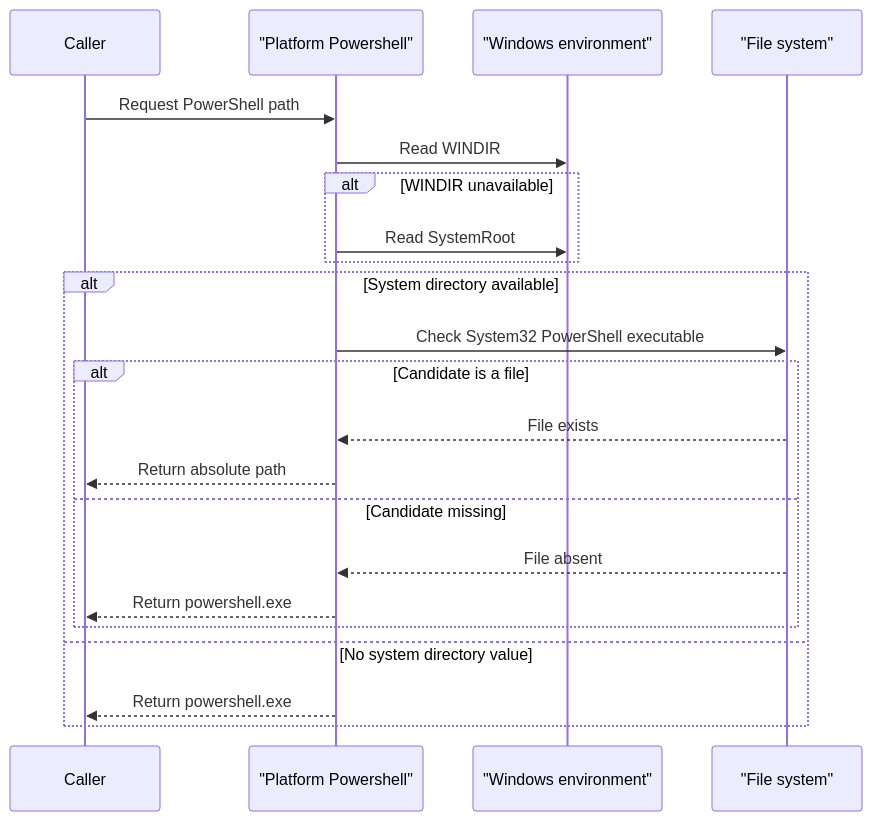
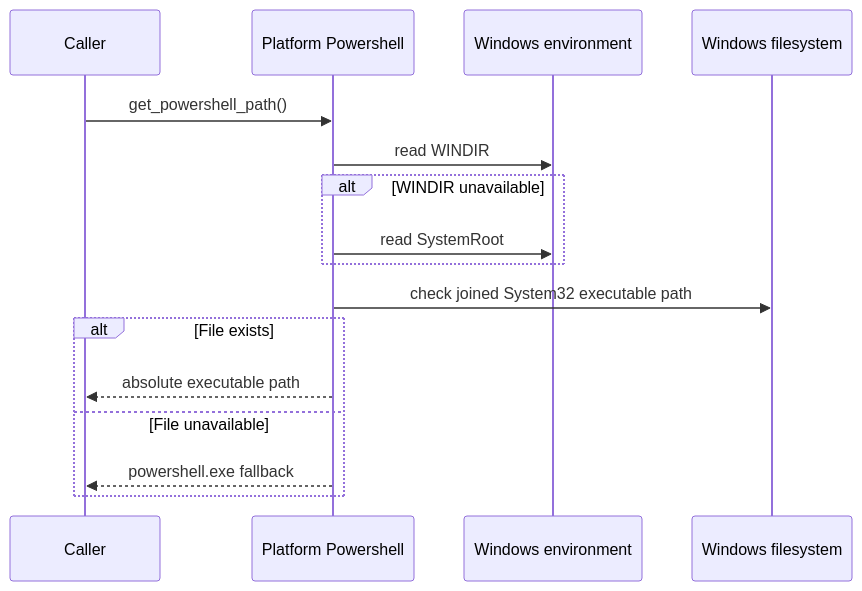
The third of 4 diagrams in docs/reference/architecture/openframe-client-core/platform-powershell/platform-powershell.md (flamingo-stack/openframe-oss-tenant), drawn with Mermaid before and after one commit. The commit also changed other lines of this file and 2377 other files, not shown here.

````diff
--- a/docs/reference/architecture/openframe-client-core/platform-powershell/platform-powershell.md
+++ b/docs/reference/architecture/openframe-client-core/platform-powershell/platform-powershell.md
@@ -34,25 +76,18 @@
 ```mermaid
 sequenceDiagram
     participant Caller
-    participant Resolver as "Platform Powershell"
-    participant Env as "Windows environment"
-    participant Fs as "File system"
-
-    Caller->>Resolver: Request PowerShell path
-    Resolver->>Env: Read WINDIR
+    participant Resolver as Platform Powershell
+    participant Env as Windows environment
+    participant FS as Windows filesystem
+    Caller->>Resolver: get_powershell_path()
+    Resolver->>Env: read WINDIR
     alt WINDIR unavailable
-        Resolver->>Env: Read SystemRoot
+        Resolver->>Env: read SystemRoot
     end
-    alt System directory available
-        Resolver->>Fs: Check System32 PowerShell executable
-        alt Candidate is a file
-            Fs-->>Resolver: File exists
-            Resolver-->>Caller: Return absolute path
-        else Candidate missing
-            Fs-->>Resolver: File absent
-            Resolver-->>Caller: Return powershell.exe
-        end
-    else No system directory value
-        Resolver-->>Caller: Return powershell.exe
+    Resolver->>FS: check joined System32 executable path
+    alt File exists
+        Resolver-->>Caller: absolute executable path
+    else File unavailable
+        Resolver-->>Caller: powershell.exe fallback
     end
 ```
````
